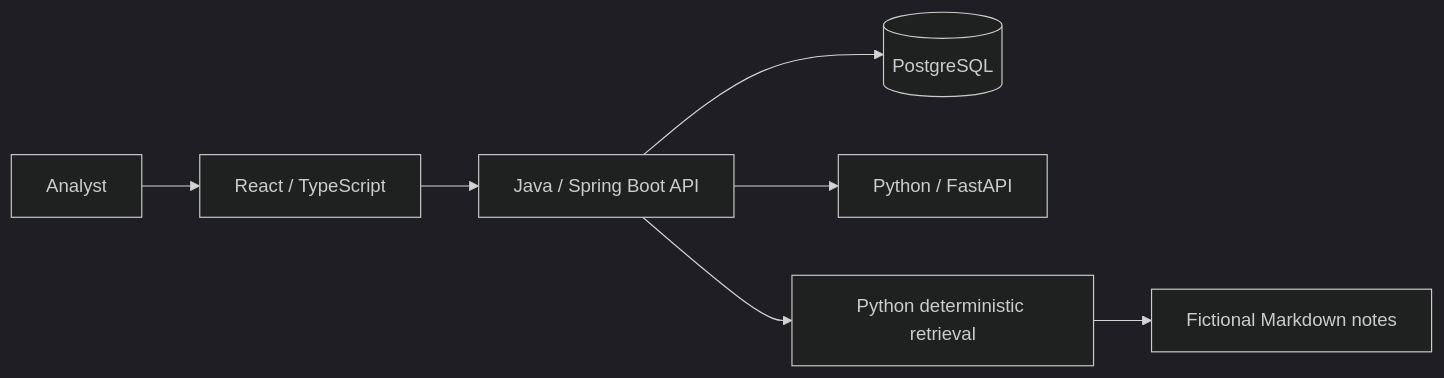
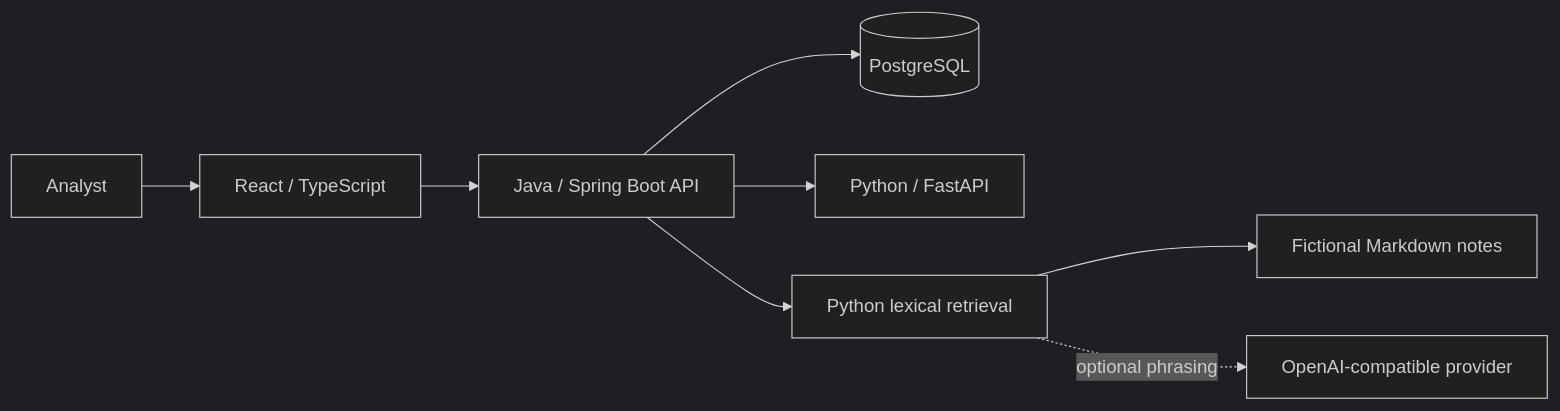
One commit to MNauman13/AeroSense changed the diagram in docs/architecture.md. Above: the diagram before and after it, drawn with Mermaid (dark theme). The commit also changed other lines of this file and 14 other files, not shown here.

Commit message:
feat: add optional grounded answer provider

````diff
--- a/docs/architecture.md
+++ b/docs/architecture.md
@@ -5,9 +5,10 @@
 ```mermaid
 flowchart LR
   User[Analyst] --> Web[React / TypeScript]
   Web --> API[Java / Spring Boot API]
   API --> DB[(PostgreSQL)]
   API --> Analytics[Python / FastAPI]
-  API --> Retrieval[Python deterministic retrieval]
+  API --> Retrieval[Python lexical retrieval]
   Retrieval --> Notes[Fictional Markdown notes]
+  Retrieval -. optional phrasing .-> Provider[OpenAI-compatible provider]
 ```
````
